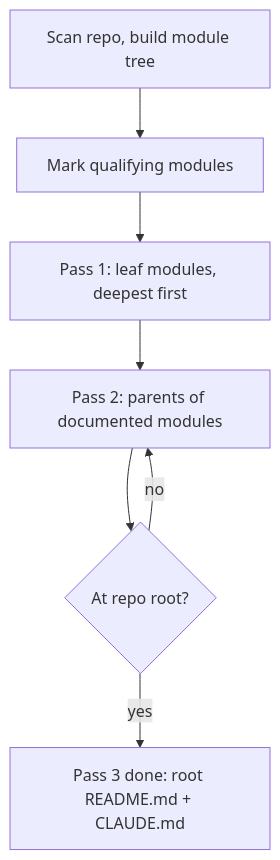
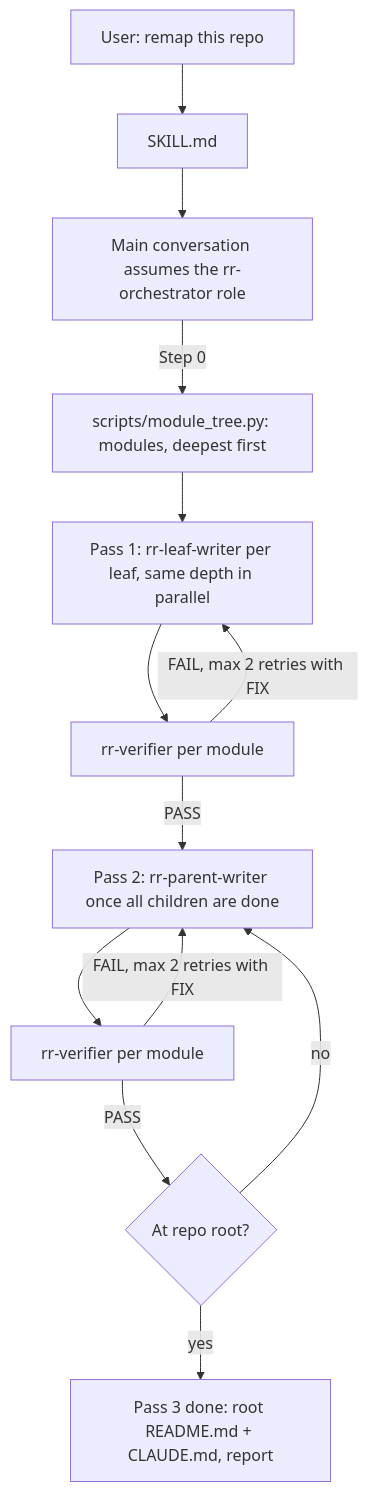
One commit to NikolasMarkou/repo-remap changed the diagram in README.md. Above: the diagram before and after it, drawn with Mermaid. The commit also changed other lines of this file and 25 other files, not shown here.

First line of the commit message:
[skill] orchestrator and subagents for reads and rewrites, release 1.1.0

````diff
--- a/README.md
+++ b/README.md
@@ -214,9 +229,15 @@
 ```mermaid
 flowchart TD
-    A[Scan repo, build module tree] --> B[Mark qualifying modules]
-    B --> C[Pass 1: leaf modules, deepest first]
-    C --> D[Pass 2: parents of documented modules]
-    D --> E{At repo root?}
-    E -- no --> D
-    E -- yes --> F[Pass 3 done: root README.md + CLAUDE.md]
+    U[User: remap this repo] --> S[SKILL.md]
+    S --> O[Main conversation assumes the rr-orchestrator role]
+    O -->|Step 0| M[scripts/module_tree.py: modules, deepest first]
+    M --> L[Pass 1: rr-leaf-writer per leaf, same depth in parallel]
+    L --> V1[rr-verifier per module]
+    V1 -- FAIL, max 2 retries with FIX --> L
+    V1 -- PASS --> P[Pass 2: rr-parent-writer once all children are done]
+    P --> V2[rr-verifier per module]
+    V2 -- FAIL, max 2 retries with FIX --> P
+    V2 -- PASS --> E{At repo root?}
+    E -- no --> P
+    E -- yes --> F[Pass 3 done: root README.md + CLAUDE.md, report]
 ```
````
